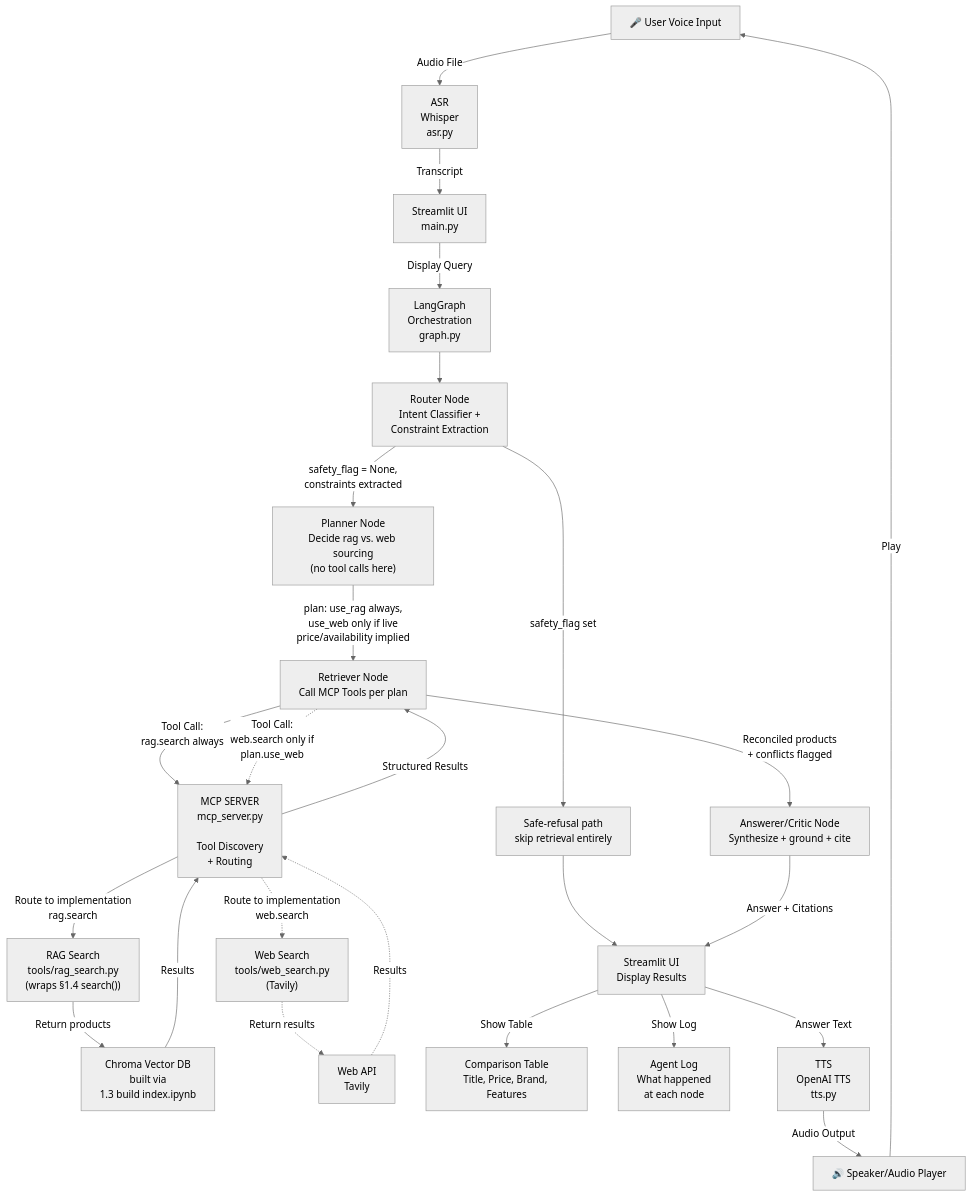
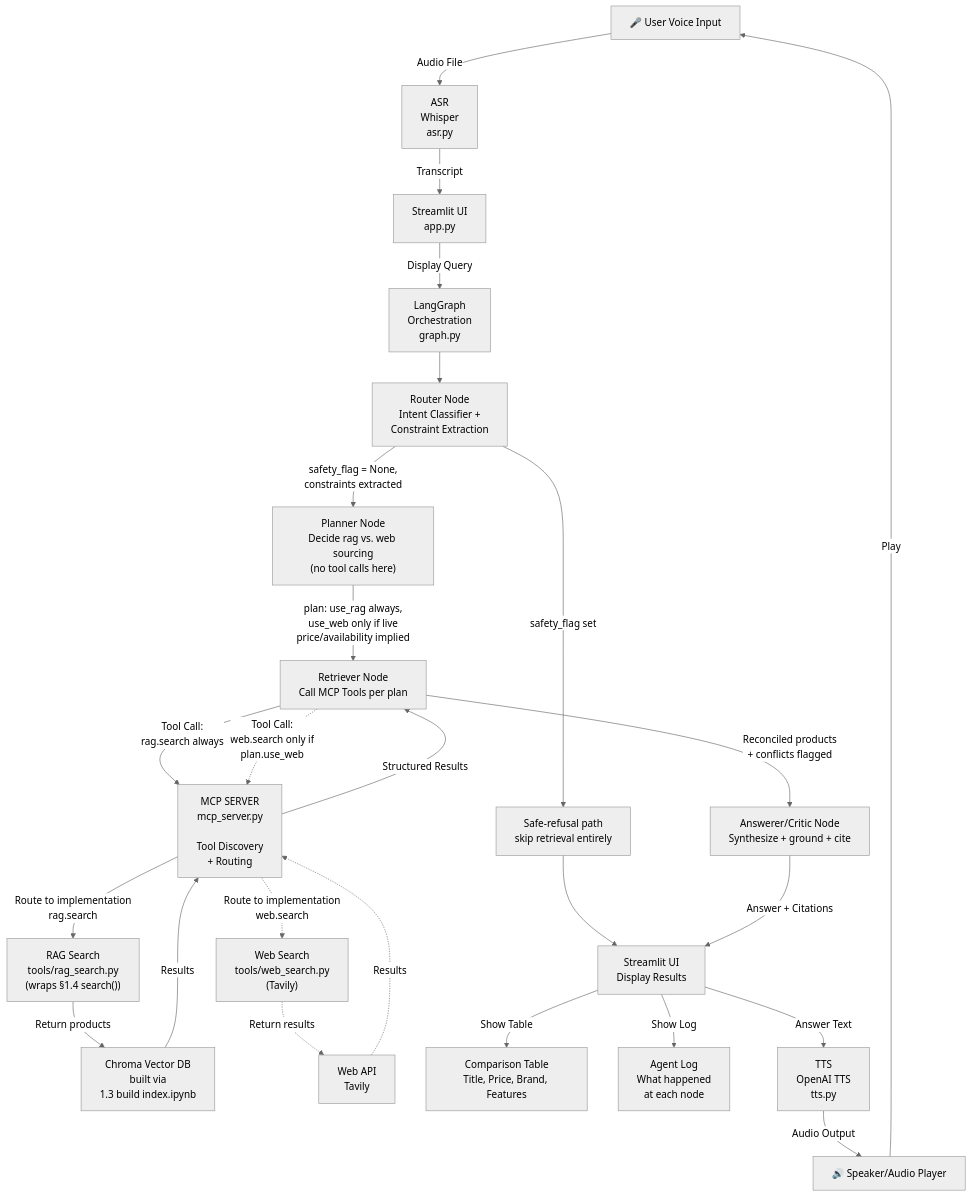
Before and after one commit to pareeyaporn/Agentic-Voice-to-Voice-AI: the diagram in README.md, drawn with Mermaid (neutral theme). The commit also changed other lines of this file and 7 other files, not shown here.

````diff
--- a/README.md
+++ b/README.md
@@ -19,43 +19,43 @@
 ```mermaid
 graph TD
     A["🎤 User Voice Input"] -->|Audio File| B["ASR<br/>Whisper<br/>asr.py"]
 
-    B -->|Transcript| C["Streamlit UI<br/>main.py"]
+    B -->|Transcript| C["Streamlit UI<br/>app.py"]
 
     C -->|Display Query| D["LangGraph<br/>Orchestration<br/>graph.py"]
 
     D --> E["Router Node<br/>Intent Classifier +<br/>Constraint Extraction"]
 
     E -->|safety_flag set| S["Safe-refusal path<br/>skip retrieval entirely"]
     E -->|safety_flag = None,<br/>constraints extracted| F["Planner Node<br/>Decide rag vs. web sourcing<br/>(no tool calls here)"]
 
     F -->|plan: use_rag always,<br/>use_web only if live<br/>price/availability implied| R["Retriever Node<br/>Call MCP Tools per plan"]
 
     R -->|Tool Call:<br/>rag.search always| G["MCP SERVER<br/>mcp_server.py<br/><br/>Tool Discovery<br/>+ Routing"]
 
     R -.->|Tool Call:<br/>web.search only if<br/>plan.use_web| G
 
     G -->|Route to implementation<br/>rag.search| H["RAG Search<br/>tools/rag_search.py<br/>(wraps §1.4 search())"]
     G -.->|Route to implementation<br/>web.search| I["Web Search<br/>tools/web_search.py<br/>(Tavily)"]
 
     H -->|Return products| J["Chroma Vector DB<br/>built via<br/>1.3 build index.ipynb"]
     I -.->|Return results| K["Web API<br/>Tavily"]
 
     J -->|Results| G
     K -.->|Results| G
 
     G -->|Structured Results| R
 
     R -->|Reconciled products<br/>+ conflicts flagged| L["Answerer/Critic Node<br/>Synthesize + ground + cite"]
 
     S --> M["Streamlit UI<br/>Display Results"]
     L -->|Answer + Citations| M
 
     M -->|Show Table| N["Comparison Table<br/>Title, Price, Brand, Features"]
     M -->|Show Log| O["Agent Log<br/>What happened<br/>at each node"]
 
     M -->|Answer Text| P["TTS<br/>OpenAI TTS<br/>tts.py"]
     P -->|Audio Output| Q["🔊 Speaker/Audio Player"]
 
     Q -->|Play| A
 ```
````
